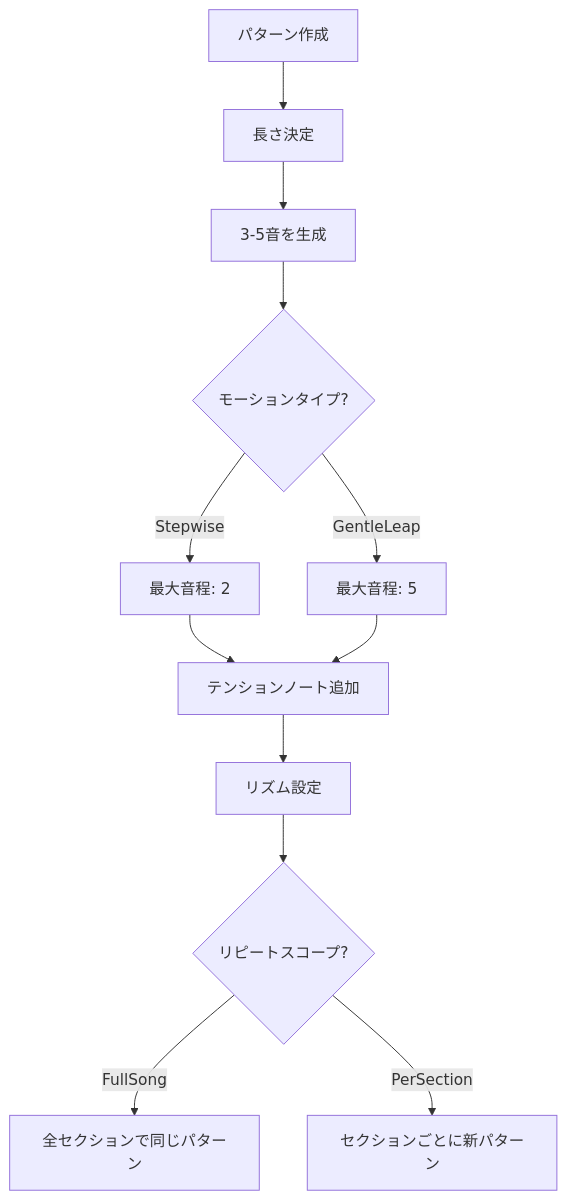
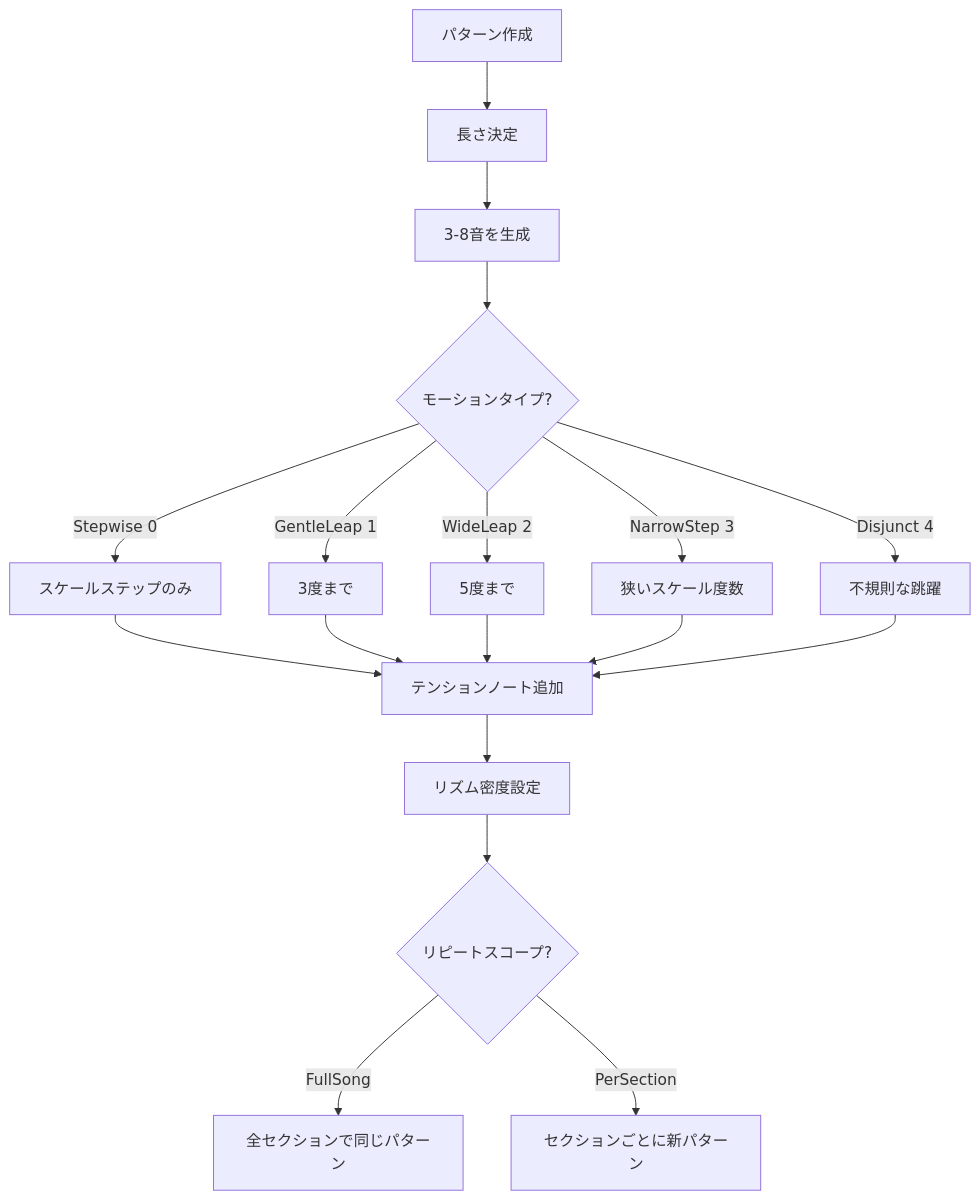
One commit to libraz/midi-sketch-homepage changed the eighth of 9 diagrams in src/ja/docs/track-generators.md. Above: the diagram before and after it, drawn with Mermaid. The commit also changed other lines of this file and 24 other files, not shown here.

````diff
--- a/src/ja/docs/track-generators.md
+++ b/src/ja/docs/track-generators.md
@@ -602,14 +679,20 @@
 ```mermaid
 flowchart TD
     A[パターン作成] --> B[長さ決定]
-    B --> C[3-5音を生成]
+    B --> C[3-8音を生成]
     C --> D{モーションタイプ?}
-    D -->|Stepwise| E[最大音程: 2]
-    D -->|GentleLeap| F[最大音程: 5]
+    D -->|Stepwise 0| E[スケールステップのみ]
+    D -->|GentleLeap 1| F[3度まで]
+    D -->|WideLeap 2| G2[5度まで]
+    D -->|NarrowStep 3| G3[狭いスケール度数]
+    D -->|Disjunct 4| G4[不規則な跳躍]
     E --> G[テンションノート追加]
     F --> G
-    G --> H[リズム設定]
+    G2 --> G
+    G3 --> G
+    G4 --> G
+    G --> H[リズム密度設定]
     H --> I{リピートスコープ?}
     I -->|FullSong| J[全セクションで同じパターン]
     I -->|PerSection| K[セクションごとに新パターン]
 ```
````
